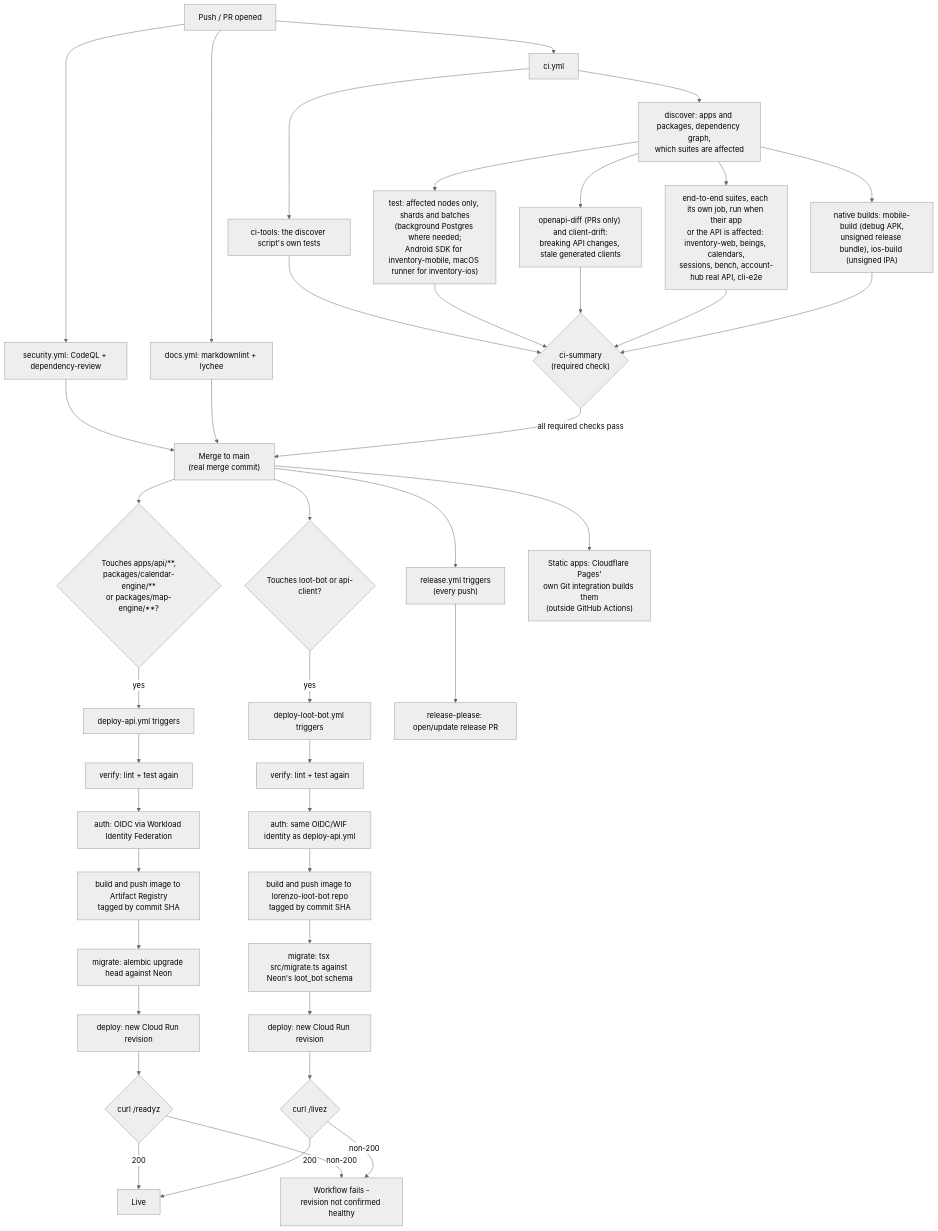
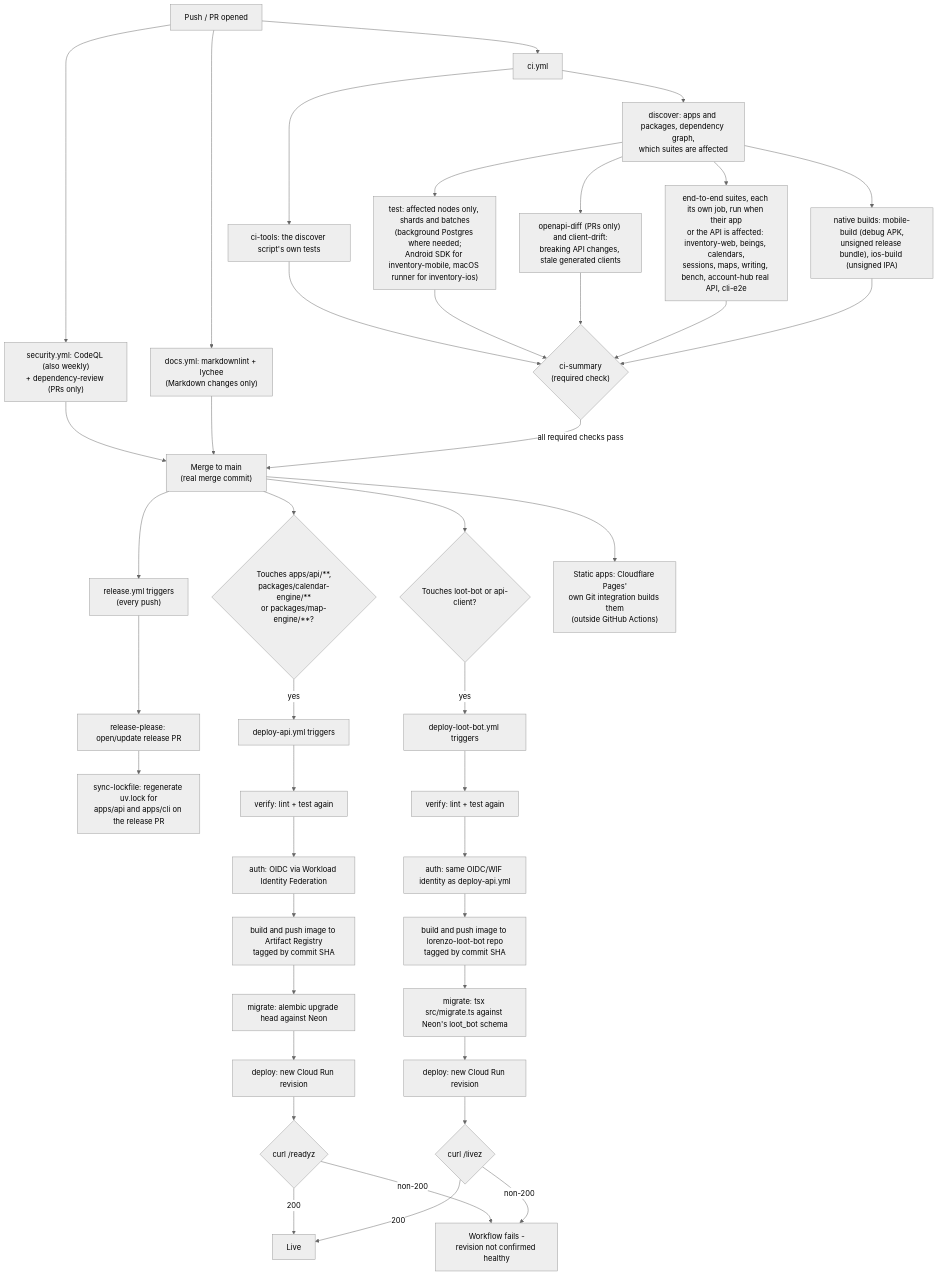
One commit to ramsesoriginal/lorenzo changed the diagram in docs/architecture/diagrams/ci-cd-pipeline.md. Above: the diagram before and after it, drawn with Mermaid (neutral theme). The commit also changed other lines of this file and 2 other files, not shown here.

Commit message:
docs(architecture): draw external systems, Maps and Writing, and the full CI job list

````diff
--- a/docs/architecture/diagrams/ci-cd-pipeline.md
+++ b/docs/architecture/diagrams/ci-cd-pipeline.md
@@ -3,48 +3,49 @@
 ```mermaid
 flowchart TD
     A["Push / PR opened"] --> B["ci.yml"]
     B --> B0["ci-tools: the discover script's own tests"]
     B --> B1["discover: apps and packages, dependency graph,<br/>which suites are affected"]
     B1 --> B2["test: affected nodes only, shards and batches<br/>(background Postgres where needed;<br/>Android SDK for inventory-mobile, macOS runner for inventory-ios)"]
     B1 --> B5["openapi-diff (PRs only) and client-drift:<br/>breaking API changes, stale generated clients"]
-    B1 --> B6["end-to-end suites, each its own job, run when their app<br/>or the API is affected: inventory-web, beings, calendars,<br/>sessions, bench, account-hub real API, cli-e2e"]
+    B1 --> B6["end-to-end suites, each its own job, run when their app<br/>or the API is affected: inventory-web, beings, calendars,<br/>sessions, maps, writing, bench, account-hub real API, cli-e2e"]
     B1 --> B7["native builds: mobile-build (debug APK,<br/>unsigned release bundle), ios-build (unsigned IPA)"]
-    A --> B3["security.yml: CodeQL + dependency-review"]
-    A --> B4["docs.yml: markdownlint + lychee"]
+    A --> B3["security.yml: CodeQL (also weekly)<br/>+ dependency-review (PRs only)"]
+    A --> B4["docs.yml: markdownlint + lychee<br/>(Markdown changes only)"]
     B0 --> C
     B2 --> C{"ci-summary<br/>(required check)"}
     B5 --> C
     B6 --> C
     B7 --> C
     B3 --> D
     B4 --> D
 
     C -->|all required checks pass| D["Merge to main<br/>(real merge commit)"]
 
     D --> E{"Touches apps/api/**,<br/>packages/calendar-engine/**<br/>or packages/map-engine/**?"}
     E -->|yes| F["deploy-api.yml triggers"]
     D --> EL{"Touches loot-bot or api-client?"}
     EL -->|yes| FL["deploy-loot-bot.yml triggers"]
     D --> G["release.yml triggers<br/>(every push)"]
     D --> CF["Static apps: Cloudflare Pages'<br/>own Git integration builds them<br/>(outside GitHub Actions)"]
 
     G --> G1["release-please: open/update release PR"]
+    G1 --> G2["sync-lockfile: regenerate uv.lock for<br/>apps/api and apps/cli on the release PR"]
 
     F --> F1["verify: lint + test again"]
     F1 --> F2["auth: OIDC via Workload Identity Federation"]
     F2 --> F3["build and push image to Artifact Registry<br/>tagged by commit SHA"]
     F3 --> F4["migrate: alembic upgrade head against Neon"]
     F4 --> F5["deploy: new Cloud Run revision"]
     F5 --> F6{"curl /readyz"}
     F6 -->|200| H["Live"]
     F6 -->|non-200| I["Workflow fails -<br/>revision not confirmed healthy"]
 
     FL --> FL1["verify: lint + test again"]
     FL1 --> FL2["auth: same OIDC/WIF identity as deploy-api.yml"]
     FL2 --> FL3["build and push image to lorenzo-loot-bot repo<br/>tagged by commit SHA"]
     FL3 --> FL4["migrate: tsx src/migrate.ts against Neon's loot_bot schema"]
     FL4 --> FL5["deploy: new Cloud Run revision"]
     FL5 --> FL6{"curl /livez"}
     FL6 -->|200| H
     FL6 -->|non-200| I
 ```
````
